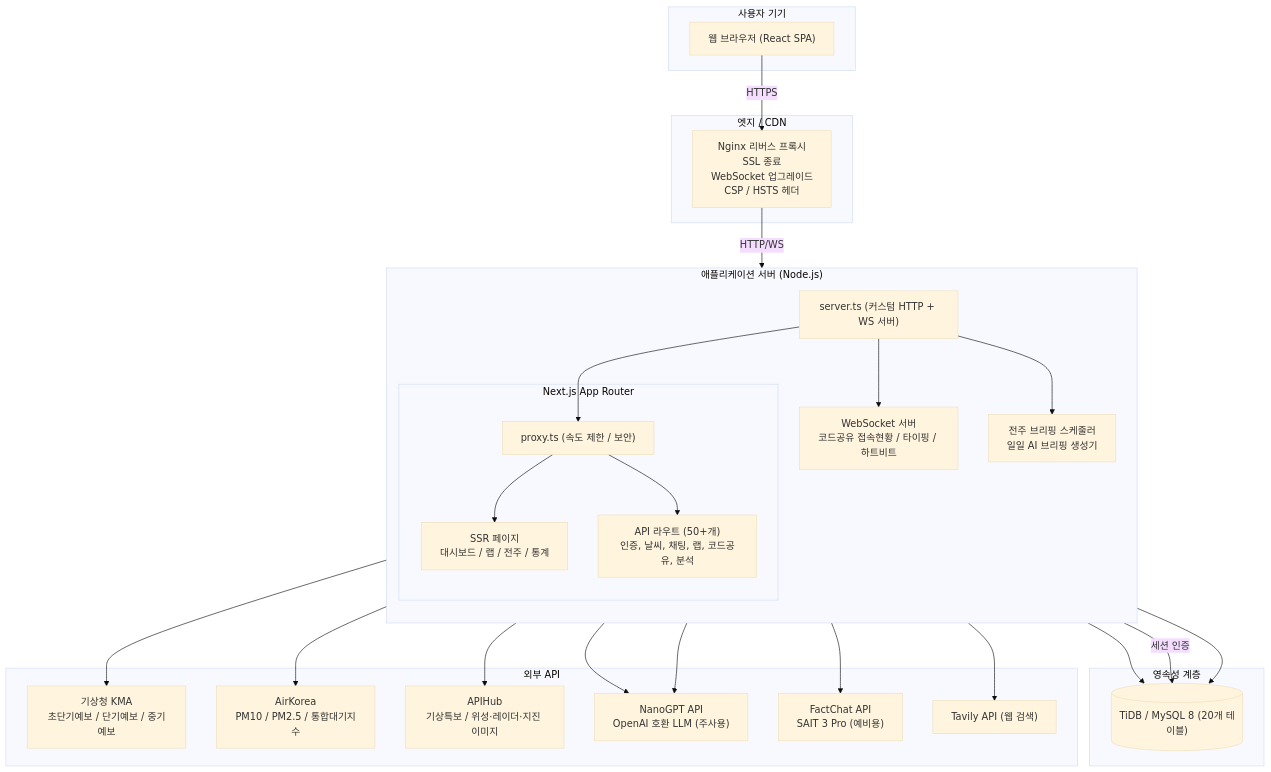
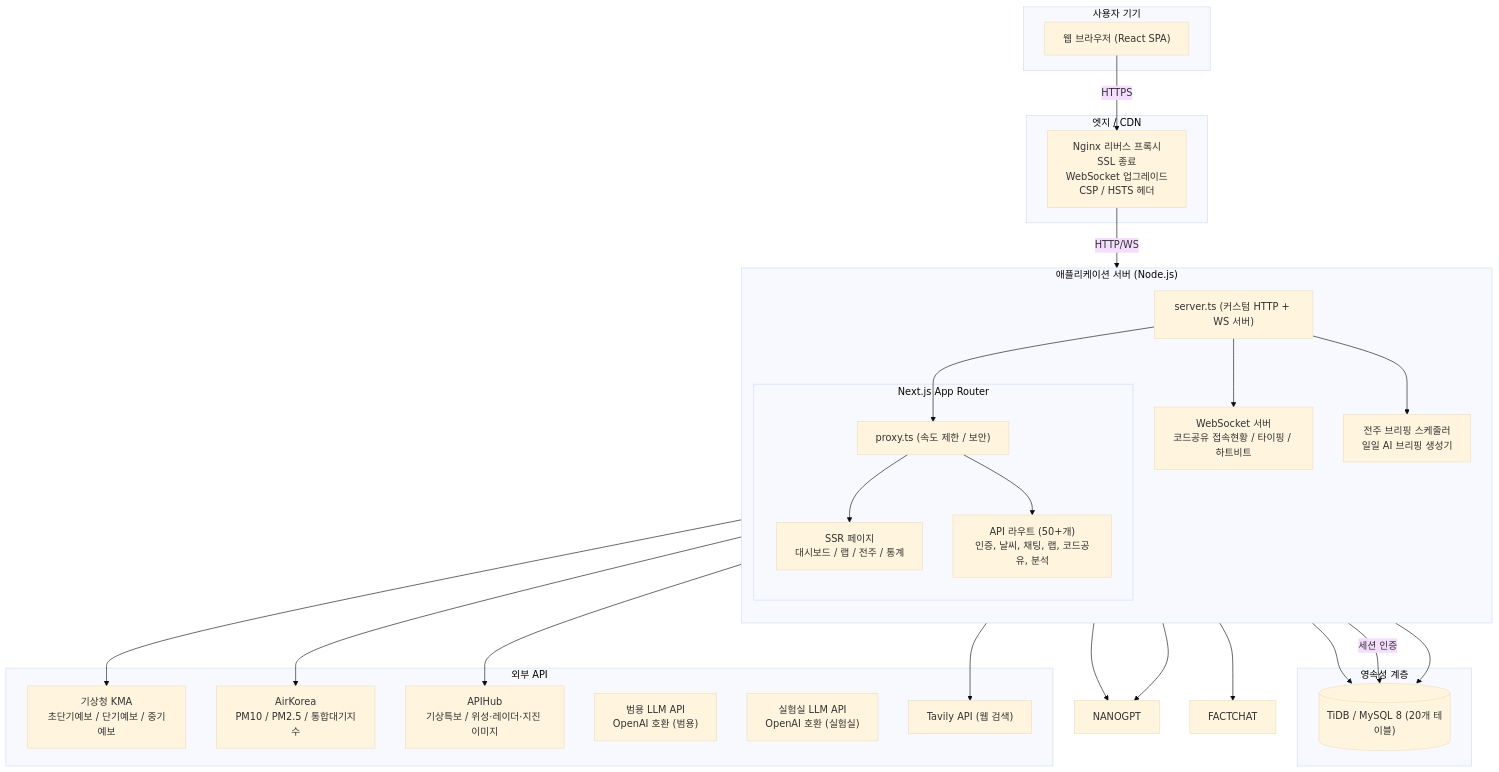
One commit to kim0040/Nadeulhae changed the first of 17 diagrams in docs/ARCHITECTURE_UML_KO.md. Above: the diagram before and after it, drawn with Mermaid (base theme). The commit also changed other lines of this file and 28 other files, not shown here.

First line of the commit message:
refactor: split LLM into general-llm and lab-llm with OpenAI-compatible core

````diff
--- a/docs/ARCHITECTURE_UML_KO.md
+++ b/docs/ARCHITECTURE_UML_KO.md
@@ -15,57 +15,57 @@
 ```mermaid
 graph TB
     subgraph UserDevice["사용자 기기"]
         BROWSER["웹 브라우저 (React SPA)"]
     end
 
     subgraph EdgeCDN["엣지 / CDN"]
         NGINX["Nginx 리버스 프록시<br/>SSL 종료<br/>WebSocket 업그레이드<br/>CSP / HSTS 헤더"]
     end
 
     subgraph AppServer["애플리케이션 서버 (Node.js)"]
         direction TB
         S_TS["server.ts (커스텀 HTTP + WS 서버)"]
         
         subgraph NextJS["Next.js App Router"]
             MIDDLE["proxy.ts (속도 제한 / 보안)"]
             PAGES["SSR 페이지<br/>대시보드 / 랩 / 전주 / 통계"]
             API["API 라우트 (50+개)<br/>인증, 날씨, 채팅, 랩, 코드공유, 분석"]
         end
 
         WSS["WebSocket 서버<br/>코드공유 접속현황 / 타이핑 / 하트비트"]
         
         SCHEDULER["전주 브리핑 스케줄러<br/>일일 AI 브리핑 생성기"]
 
         S_TS --> MIDDLE
         MIDDLE --> PAGES
         MIDDLE --> API
         S_TS --> WSS
         S_TS --> SCHEDULER
     end
 
     subgraph Persistence["영속성 계층"]
         TIDB[("TiDB / MySQL 8 (20개 테이블)")]
     end
 
     subgraph ExternalAPIs["외부 API"]
         KMA["기상청 KMA<br/>초단기예보 / 단기예보 / 중기예보"]
         AIR["AirKorea<br/>PM10 / PM2.5 / 통합대기지수"]
         APIHUB["APIHub<br/>기상특보 / 위성·레이더·지진 이미지"]
-        NANOGPT["NanoGPT API<br/>OpenAI 호환 LLM (주사용)"]
-        FACTCHAT["FactChat API<br/>SAIT 3 Pro (예비용)"]
+        GENERAL_LLM["범용 LLM API<br/>OpenAI 호환 (범용)"]
+        LAB_LLM["실험실 LLM API<br/>OpenAI 호환 (실험실)"]
         TAVILY["Tavily API (웹 검색)"]
     end
 
     BROWSER -- HTTPS --> NGINX
     NGINX -- HTTP/WS --> S_TS
     API --> TIDB
     WSS -- 세션 인증 --> TIDB
     API --> KMA
     API --> AIR
     API --> APIHUB
     API --> NANOGPT
     API --> FACTCHAT
     API --> TAVILY
     SCHEDULER --> NANOGPT
     SCHEDULER --> TIDB
 ```
````
